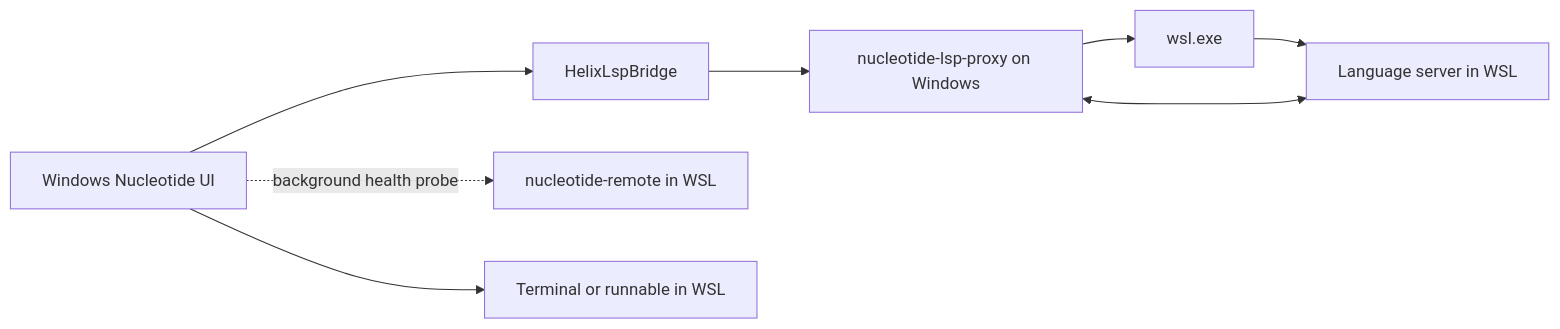
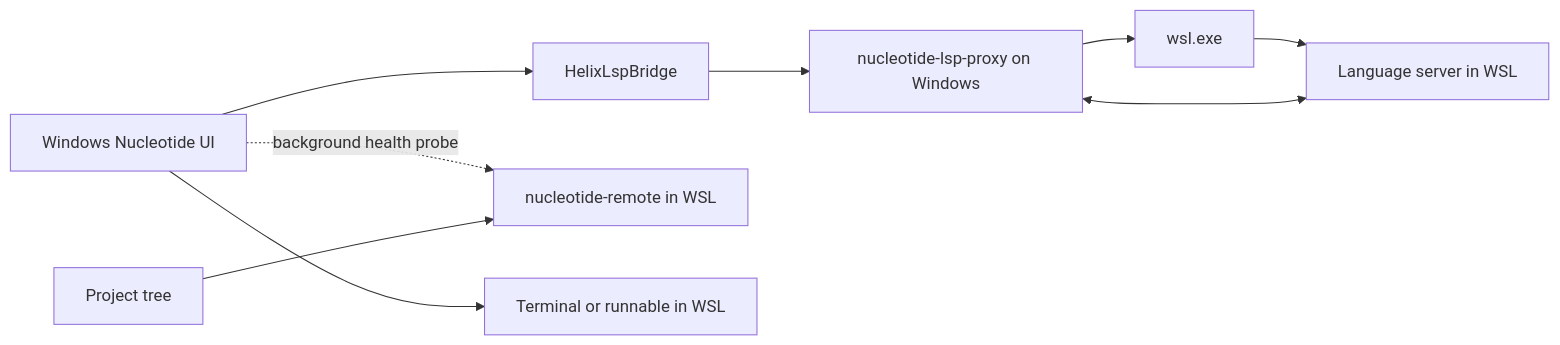
The diagram in docs/wsl_remote_development.md (iainh/nucleotide), drawn with Mermaid before and after one commit. The commit also changed other lines of this file, not shown here.

Commit message:
docs: document WSL remote file tree listing

````diff
--- a/docs/wsl_remote_development.md
+++ b/docs/wsl_remote_development.md
@@ -66,18 +73,20 @@
 ```mermaid
 flowchart LR
     UI["Windows Nucleotide UI"]
     Bridge["HelixLspBridge"]
     Proxy["nucleotide-lsp-proxy on Windows"]
     WSL["wsl.exe"]
     Server["Language server in WSL"]
     Helper["nucleotide-remote in WSL"]
+    FileTree["Project tree"]
     Terminal["Terminal or runnable in WSL"]
 
     UI --> Bridge
     Bridge --> Proxy
     Proxy --> WSL
     WSL --> Server
     UI -. "background health probe" .-> Helper
+    FileTree --> Helper
     UI --> Terminal
     Proxy <--> Server
 ```
````
